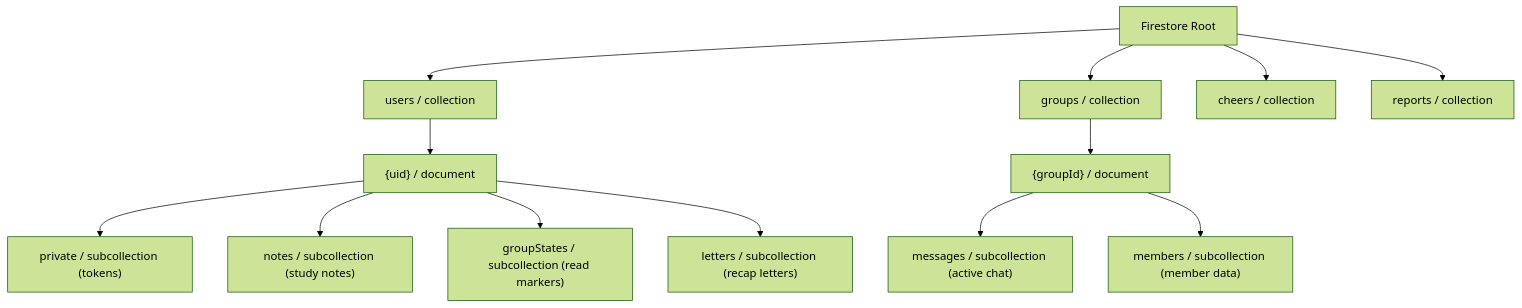
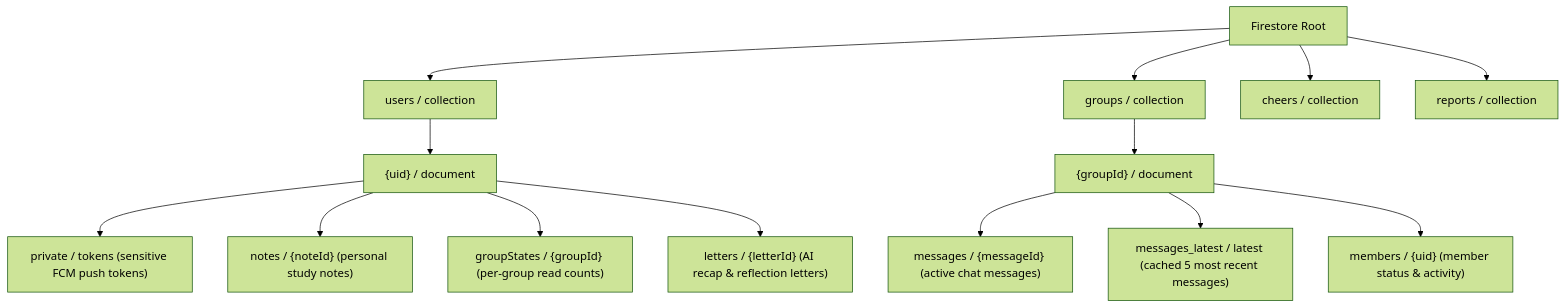
The second of 2 diagrams in docs/database-security.md (ScriptureHabit/scripture-habit), drawn with Mermaid (forest theme) before and after one commit. The commit also changed other lines of this file and 15 other files, not shown here.

Commit message:
docs: enrich ER diagram, add contributor navigation guide, and localize developer scripts to English

````diff
--- a/docs/database-security.md
+++ b/docs/database-security.md
@@ -29,20 +63,21 @@
 ```mermaid
 graph TD
     Root["Firestore Root"]
 
     Root --> Users["users / collection"]
     Root --> Groups["groups / collection"]
     Root --> Cheers["cheers / collection"]
     Root --> Reports["reports / collection"]
 
     Users --> UserDoc["{uid} / document"]
     Groups --> GroupDoc["{groupId} / document"]
 
-    UserDoc --> Private["private / subcollection (tokens)"]
-    UserDoc --> Notes["notes / subcollection (study notes)"]
-    UserDoc --> GroupStates["groupStates / subcollection (read markers)"]
-    UserDoc --> Letters["letters / subcollection (recap letters)"]
+    UserDoc --> Private["private / tokens (sensitive FCM push tokens)"]
+    UserDoc --> Notes["notes / {noteId} (personal study notes)"]
+    UserDoc --> GroupStates["groupStates / {groupId} (per-group read counts)"]
+    UserDoc --> Letters["letters / {letterId} (AI recap & reflection letters)"]
 
-    GroupDoc --> Messages["messages / subcollection (active chat)"]
-    GroupDoc --> Members["members / subcollection (member data)"]
+    GroupDoc --> Messages["messages / {messageId} (active chat messages)"]
+    GroupDoc --> MessagesLatest["messages_latest / latest (cached 5 most recent messages)"]
+    GroupDoc --> Members["members / {uid} (member status & activity)"]
 ```
````
